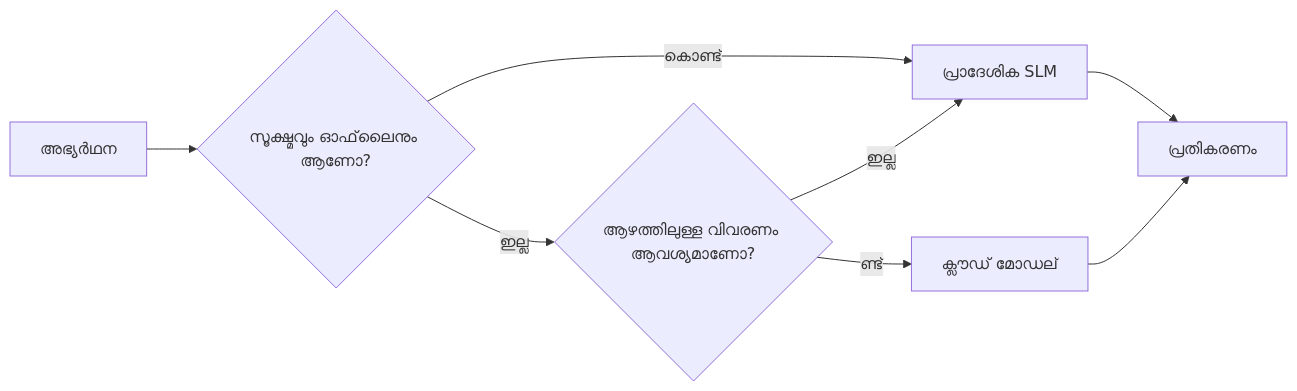
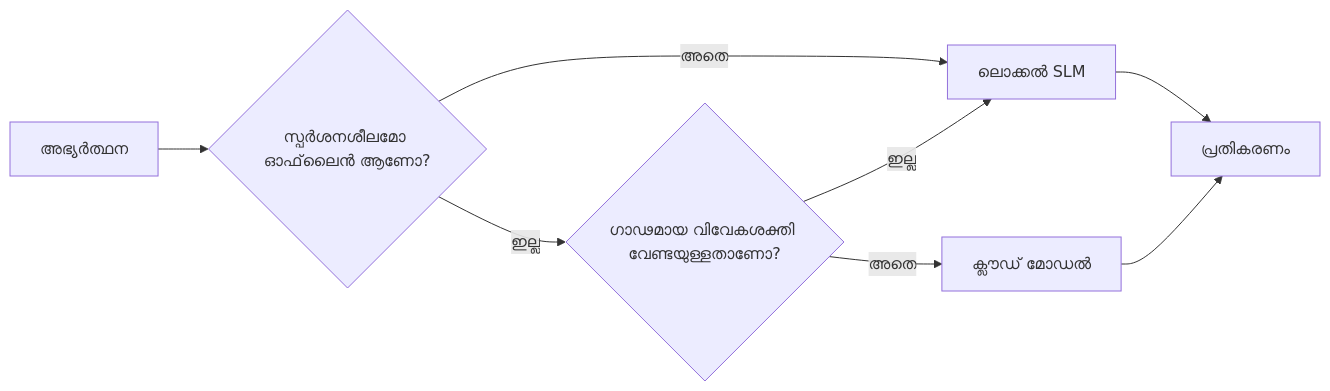
Before and after one commit to microsoft/ai-agents-for-beginners: the fourth of 4 diagrams in translations/ml/17-creating-local-ai-agents/README.md, drawn with Mermaid. The commit also changed other lines of this file and 43 other files, not shown here.

````diff
--- a/translations/ml/17-creating-local-ai-agents/README.md
+++ b/translations/ml/17-creating-local-ai-agents/README.md
@@ -156,10 +156,10 @@
 ```mermaid
 flowchart LR
-    Q[അഭ്യര്‍ഥന] --> S{സൂക്ഷ്മവും ഓഫ്‌ലൈനും ആണോ?}
-    S -->|കൊണ്ട്| L[പ്രാദേശിക SLM]
-    S -->|ഇല്ല| C{ആഴത്തിലുള്ള വിവരണം ആവശ്യമാണോ?}
+    Q[അഭ്യർത്ഥന] --> S{സ്പർശനശീലമോ ഓഫ്‌ലൈൻ ആണോ?}
+    S -->|അതെ| L[ലൊക്കൽ SLM]
+    S -->|ഇല്ല| C{ഗാഢമായ വിവേകശക്തി വേണ്ടയുള്ളതാണോ?}
     C -->|ഇല്ല| L
-    C -->|ണ്ട്| Cloud[ക്ലൗഡ് മോഡല്]
+    C -->|അതെ| Cloud[ക്ലൗഡ് മോഡൽ]
     L --> Out[പ്രതികരണം]
     Cloud --> Out
 ```
````
